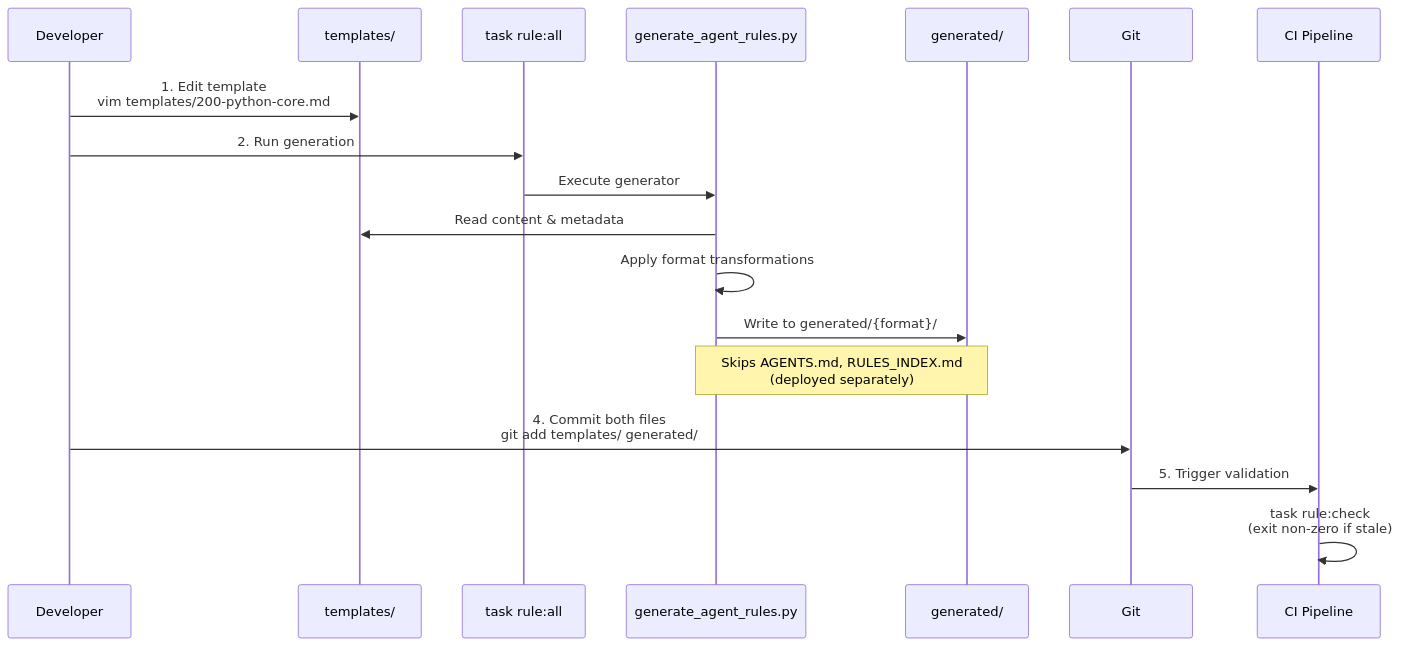
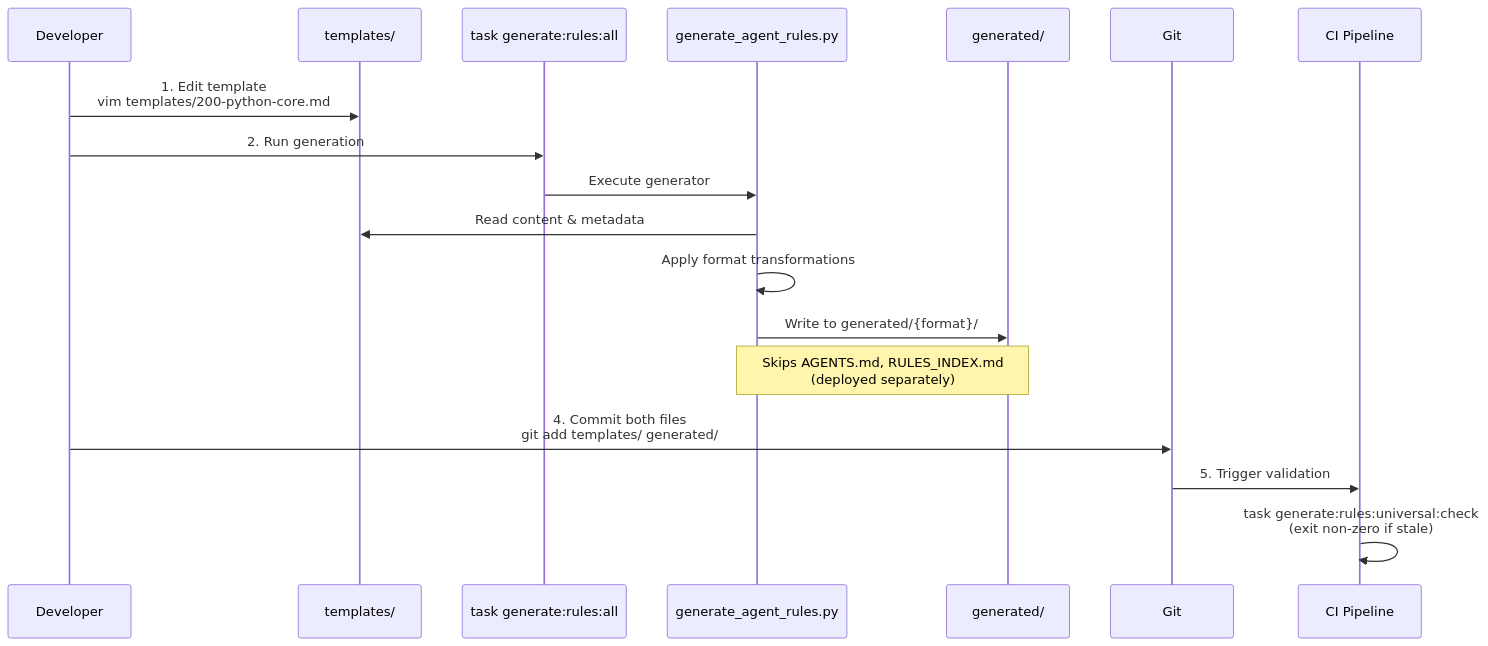
One commit to sfc-gh-myoung/ai_coding_rules changed the second of 5 diagrams in docs/ARCHITECTURE.md. Above: the diagram before and after it, drawn with Mermaid. The commit also changed other lines of this file and 20 other files, not shown here.

````diff
--- a/docs/ARCHITECTURE.md
+++ b/docs/ARCHITECTURE.md
@@ -366,21 +421,21 @@
 ```mermaid
 sequenceDiagram
     participant Dev as Developer
     participant Template as templates/
-    participant Task as task rule:all
+    participant Task as task generate:rules:all
     participant Gen as generate_agent_rules.py
     participant Output as generated/
     participant Git as Git
     participant CI as CI Pipeline
 
     Dev->>Template: 1. Edit template<br/>vim templates/200-python-core.md
     Dev->>Task: 2. Run generation
     Task->>Gen: Execute generator
     Gen->>Template: Read content & metadata
     Gen->>Gen: Apply format transformations
     Gen->>Output: Write to generated/{format}/
     Note over Gen,Output: Skips AGENTS.md, RULES_INDEX.md<br/>(deployed separately)
     Dev->>Git: 4. Commit both files<br/>git add templates/ generated/
     Git->>CI: 5. Trigger validation
-    CI->>CI: task rule:check<br/>(exit non-zero if stale)
+    CI->>CI: task generate:rules:universal:check<br/>(exit non-zero if stale)
 ```
````
